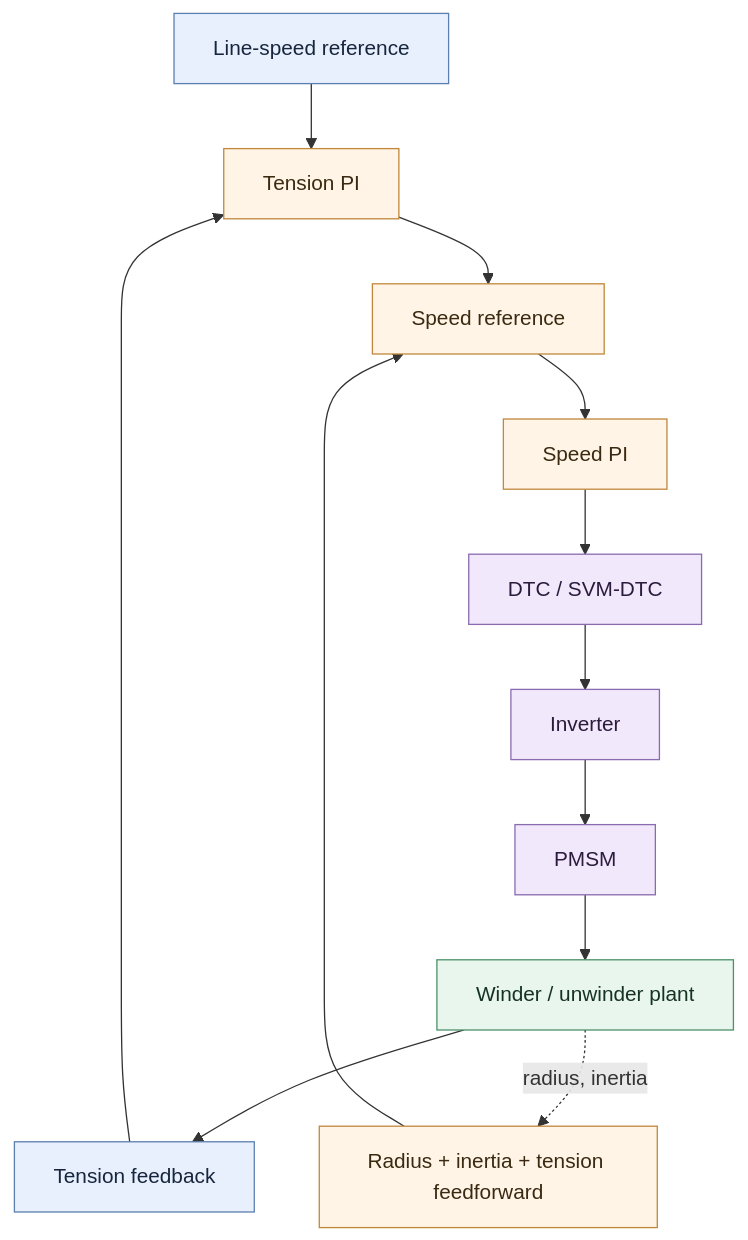
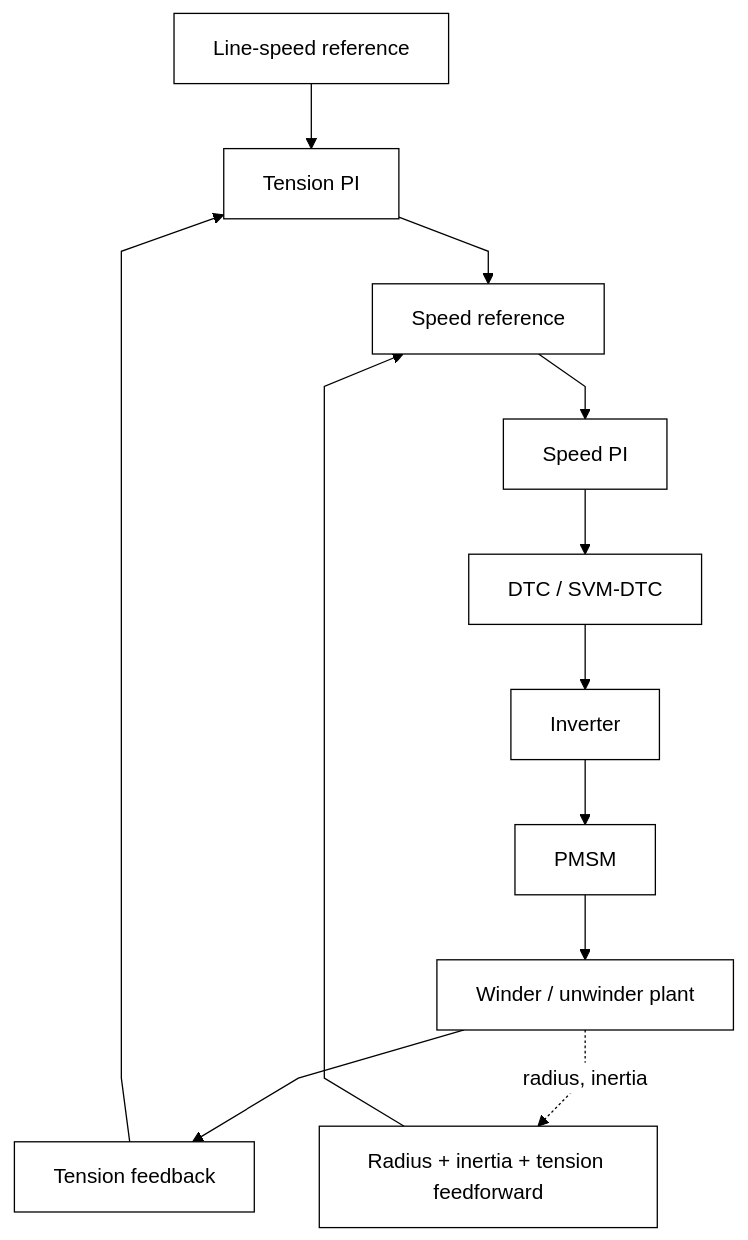
One commit to kunalkushwahatg/Direct-torque-control-of-PMSM-motor changed the diagram in README.md. Above: the diagram before and after it, drawn with Mermaid. The commit also changed 6 other files, not shown here.

Commit message:
Make Mermaid diagrams monochrome with straight edges

````diff
--- a/README.md
+++ b/README.md
@@ -28,23 +28,16 @@
 ```mermaid
+%%{init: {'theme': 'base', 'themeVariables': {'primaryColor': '#ffffff', 'primaryTextColor': '#000000', 'primaryBorderColor': '#000000', 'lineColor': '#000000', 'secondaryColor': '#ffffff', 'tertiaryColor': '#ffffff', 'fontFamily': 'Helvetica'}, 'flowchart': {'curve': 'linear'}} }%%
 flowchart TB
     L["Line-speed reference"] --> TPI["Tension PI"]
     FB["Tension feedback"] --> TPI
     TPI --> WREF["Speed reference"]
     FF["Radius + inertia + tension feedforward"] --> WREF
     WREF --> SPD["Speed PI"]
     SPD --> DTC["DTC / SVM-DTC"]
     DTC --> INV["Inverter"]
     INV --> PMSM["PMSM"]
     PMSM --> WIND["Winder / unwinder plant"]
     WIND --> FB
     WIND -. "radius, inertia" .-> FF
 
-    classDef ref fill:#e8f0fe,stroke:#5b7fae,color:#17263c;
-    classDef ctrl fill:#fff4e5,stroke:#c1873b,color:#3b2a12;
-    classDef drive fill:#f1e8fb,stroke:#8a6bb0,color:#2b1b3d;
-    classDef plant fill:#e8f6ee,stroke:#4c9169,color:#163322;
-    class L,FB ref;
-    class TPI,FF,WREF,SPD ctrl;
-    class DTC,INV,PMSM drive;
-    class WIND plant;
 ```
````
